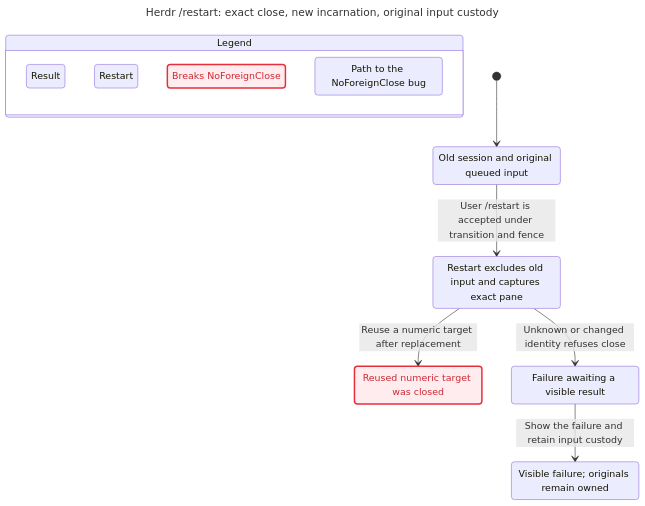
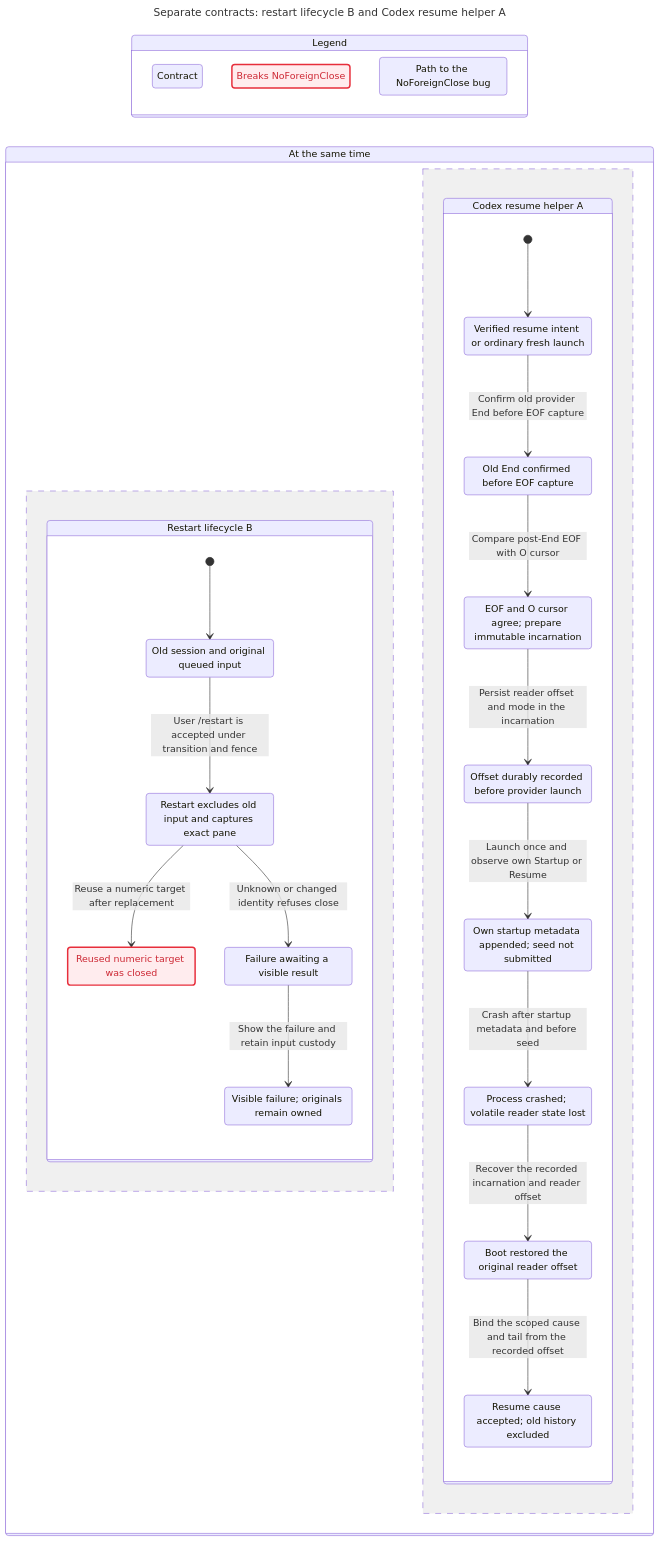
One commit to itismyfield/AgentDesk changed the diagram in docs/statecharts/session-lifecycle/herdr-restart-NumericTarget.chart.mmd. Above: the diagram before and after it, drawn with Mermaid. The commit also changed 185 other files, not shown here.

First line of the commit message:
feat: preserve explicit Codex Herdr resume boundaries

```diff
--- a/docs/statecharts/session-lifecycle/herdr-restart-NumericTarget.chart.mmd
+++ b/docs/statecharts/session-lifecycle/herdr-restart-NumericTarget.chart.mmd
@@ -1,33 +1,65 @@
 ---
-title: "Herdr /restart: exact close, new incarnation, original input custody"
+title: "Separate contracts: restart lifecycle B and Codex resume helper A"
 ---
 stateDiagram-v2
+  direction LR
   state "Legend" as legend {
-    lg0: Result
-    lg1: Restart
-    lg2: Breaks NoForeignClose
-    lg3: Path to the NoForeignClose bug
+    lg0: Contract
+    lg1: Breaks NoForeignClose
+    lg2: Path to the NoForeignClose bug
   }
-  class lg0 teal
-  class lg1 blue
-  class lg2 breaks
-  class lg3 bugPath
-  s0: Old session and original queued input
-  s1: Restart excludes old input and captures exact pane
-  s2: Reused numeric target was closed
-  s3: Failure awaiting a visible result
-  s4: Visible failure#59; originals remain owned
-  [*] --> s0
-  s0 --> s1: User /restart is accepted under transition and fence
-  s1 --> s2: Reuse a numeric target after replacement
-  s1 --> s3: Unknown or changed identity refuses close
-  s3 --> s4: Show the failure and retain input custody
+  class lg0 blue
+  class lg1 breaks
+  class lg2 bugPath
+  state "At the same time" as all {
+    state "Restart lifecycle B" as r0 {
+      s0: Old session and original queued input
+      s1: Restart excludes old input and captures exact pane
+      s2: Reused numeric target was closed
+      s3: Failure awaiting a visible result
+      s4: Visible failure#59; originals remain owned
+      [*] --> s0
+      s0 --> s1: User /restart is accepted under transition and fence
+      s1 --> s2: Reuse a numeric target after replacement
+      s1 --> s3: Unknown or changed identity refuses close
+      s3 --> s4: Show the failure and retain input custody
+    }
+    --
+    state "Codex resume helper A" as r1 {
+      s5: Verified resume intent or ordinary fresh launch
+      s6: Old End confirmed before EOF capture
+      s7: EOF and O cursor agree#59; prepare immutable incarnation
+      s8: Offset durably recorded before provider launch
+      s9: Own startup metadata appended#59; seed not submitted
+      s10: Process crashed#59; volatile reader state lost
+      s11: Boot restored the original reader offset
+      s12: Resume cause accepted#59; old history excluded
+      [*] --> s5
+      s5 --> s6: Confirm old provider End before EOF capture
+      s6 --> s7: Compare post-End EOF with O cursor
+      s7 --> s8: Persist reader offset and mode in the incarnation
+      s8 --> s9: Launch once and observe own Startup or Resume
+      s9 --> s10: Crash after startup metadata and before seed
+      s10 --> s11: Recover the recorded incarnation and reader offset
+      s11 --> s12: Bind the scoped cause and tail from the recorded offset
+    }
+  }
   classDef breaks fill:#ffecee,stroke:#e72e3b,stroke-width:2.5px,color:#cd2834
   class s0 blue
   class s0 bugPath
   class s1 blue
   class s1 bugPath
+  class s2 blue
   class s2 breaks
   class s2 bugPath
   class s3 blue
-  class s4 teal
+  class s4 blue
+  class s5 blue
+  class s5 bugPath
+  class s6 blue
+  class s7 blue
+  class s8 blue
+  class s9 blue
+  class s10 blue
+  class s11 blue
+  class s12 blue
```
